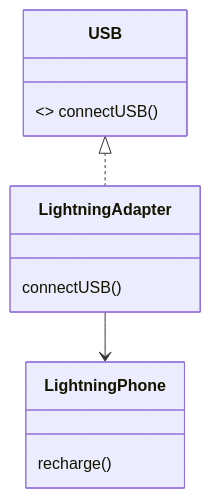
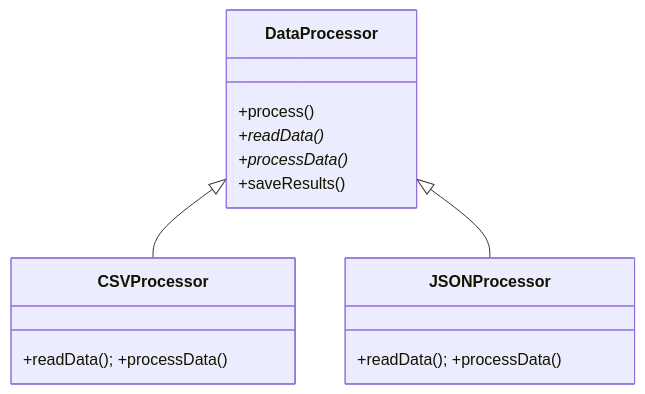
Before and after one commit to Ankitsinghsisodya/Low-level-design: diagram 21 of 26 in README.md, drawn with Mermaid. The commit also changed other lines of this file, not shown here.

````diff
--- a/README.md
+++ b/README.md
@@ -360,8 +1017,13 @@
 ```mermaid
 classDiagram
-    class USB { <<interface>> connectUSB() }
-    class LightningPhone { recharge() }
-    class LightningAdapter { connectUSB() }
-    USB <|.. LightningAdapter
-    LightningAdapter --> LightningPhone
+    class DataProcessor {
+        +process()
+        +readData()*
+        +processData()*
+        +saveResults()
+    }
+    class CSVProcessor  { +readData(); +processData() }
+    class JSONProcessor { +readData(); +processData() }
+    DataProcessor <|-- CSVProcessor
+    DataProcessor <|-- JSONProcessor
 ```
````
